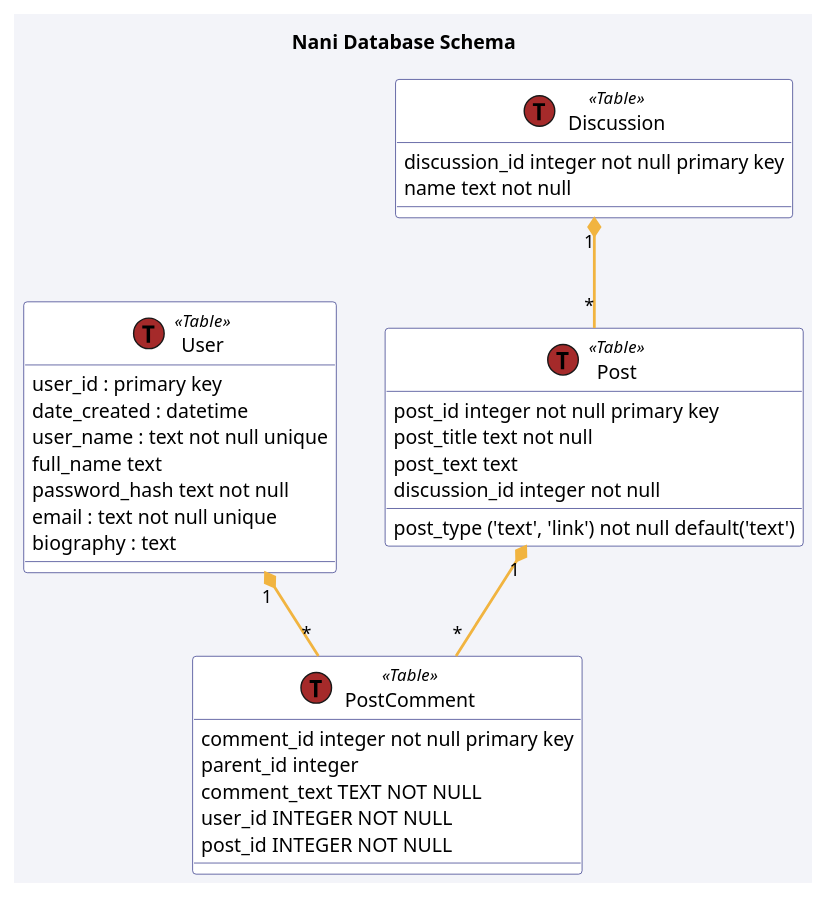
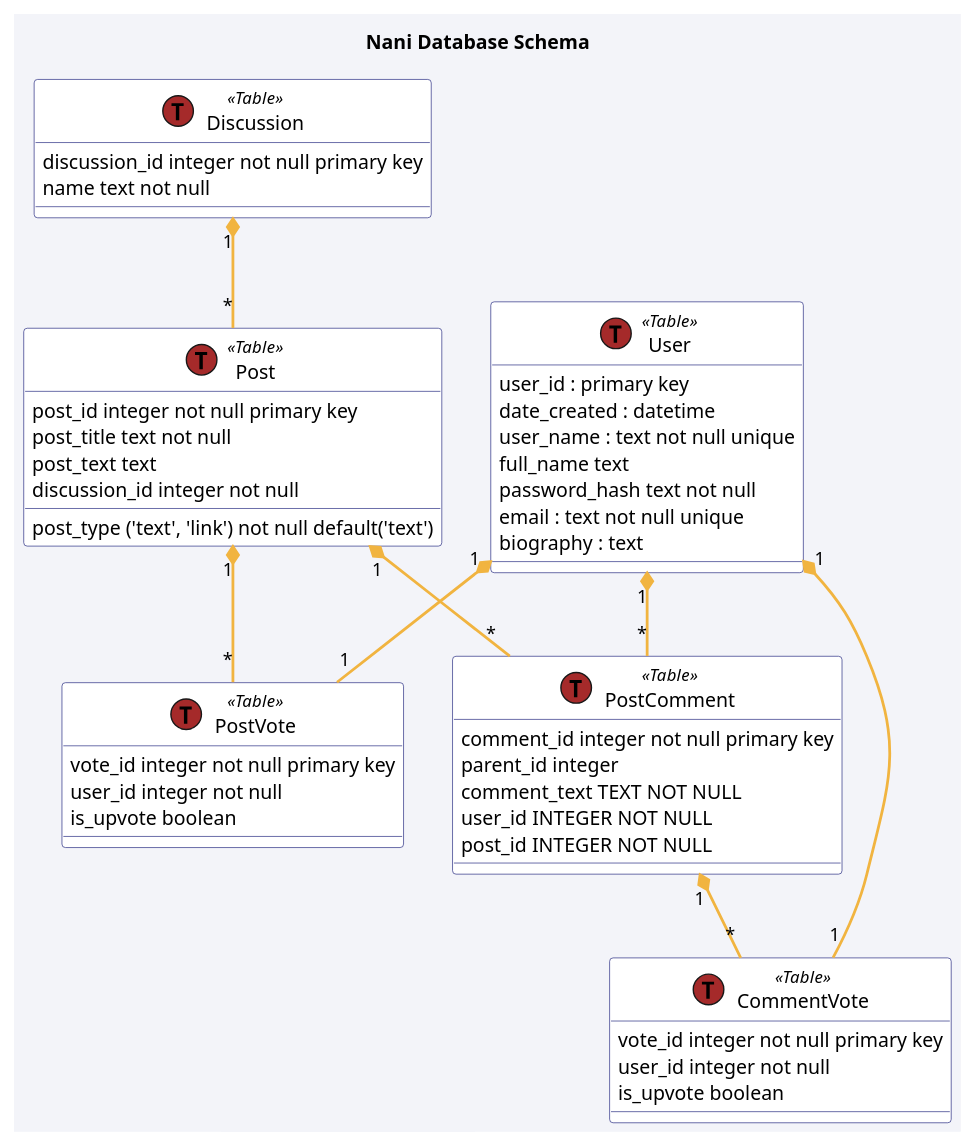
Before and after one commit to Zap-tech/nani: the diagram in doc/spec/nani_design.org, drawn with PlantUML.

Commit message:
updated database schema

```diff
--- a/doc/spec/nani_design.org
+++ b/doc/spec/nani_design.org
@@ -10,48 +10,64 @@
    #+BEGIN_SRC plantuml :file database_schema.png
 
    skinparam BackgroundColor #F3F4F9
    skinparam RoundCorner 5
    skinparam class {
      BackgroundColor White
      ArrowColor #F1B440
      ArrowThickness 2
      BorderColor #292D83
    }   
 
    title Nani Database Schema
 
    class User << (T,brown) Table >> {
      user_id : primary key
      date_created : datetime
      user_name : text not null unique
      full_name text
      password_hash text not null
      email : text not null unique
      biography : text
    }
 
    class Discussion << (T,brown) Table >> {
      discussion_id integer not null primary key
      name text not null
    }
 
    Discussion "1" *-- "*" Post
    class Post << (T,brown) Table >> {
      post_id integer not null primary key
      post_title text not null
      post_text text
      post_type ('text', 'link') not null default('text')
      discussion_id integer not null
    }
 
+   User "1" *-- "1" PostVote
+   Post "1" *-- "*" PostVote
+   class PostVote << (T,brown) Table >> {
+     vote_id integer not null primary key
+     user_id integer not null
+     is_upvote boolean
+   }
+
    User "1" *-- "*" PostComment
    Post "1" *-- "*" PostComment
    class PostComment << (T,brown) Table >>  {
      comment_id integer not null primary key
      parent_id integer
      comment_text TEXT NOT NULL
      user_id INTEGER NOT NULL
      post_id INTEGER NOT NULL
    }
 
+   User "1" *-- "1" CommentVote
+   PostComment "1" *-- "*" CommentVote
+   class CommentVote << (T,brown) Table >> {
+     vote_id integer not null primary key
+     user_id integer not null
+     is_upvote boolean
+   }
+
    #+END_SRC
```
